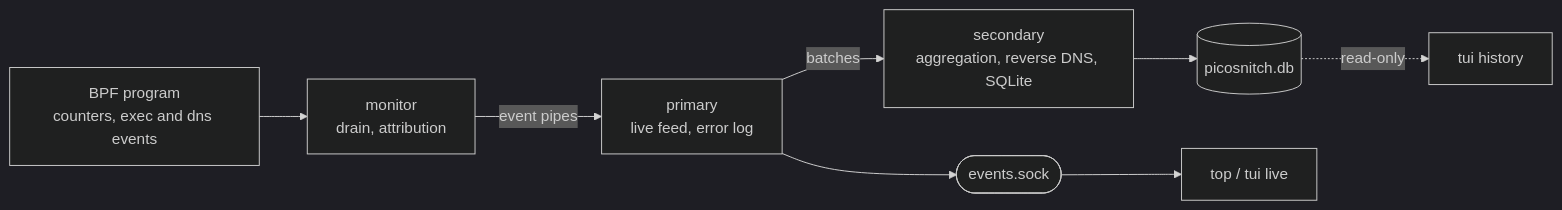
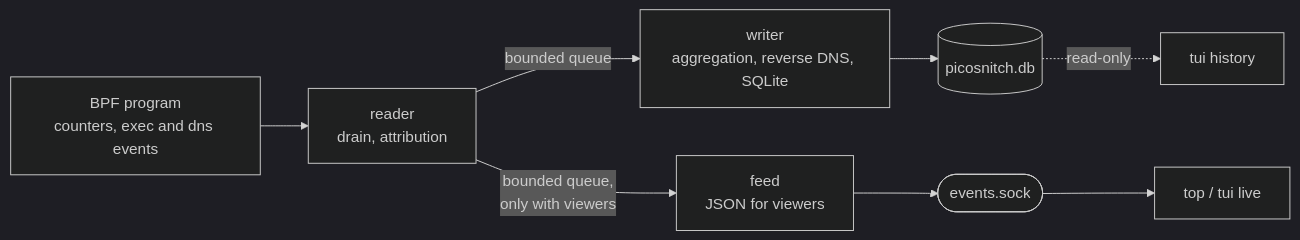
One commit to dehesselle/tracct changed the diagram in docs/DESIGN.md. Above: the diagram before and after it, drawn with Mermaid (dark theme). The commit also changed other lines of this file and 18 other files, not shown here.

````diff
--- a/docs/DESIGN.md
+++ b/docs/DESIGN.md
@@ -62,10 +63,10 @@
 ```mermaid
 flowchart LR
-    BPF["BPF program<br/>counters, exec and dns events"] --> MON
-    MON["monitor<br/>drain, attribution"] -- event pipes --> PRI
-    PRI["primary<br/>live feed, error log"] -- batches --> SEC
-    PRI --> LIVE([events.sock])
-    SEC["secondary<br/>aggregation, reverse DNS, SQLite"] --> DB[(picosnitch.db)]
+    BPF["BPF program<br/>counters, exec and dns events"] --> R
+    R["reader<br/>drain, attribution"] -- bounded queue --> W
+    R -- bounded queue,<br/>only with viewers --> F
+    W["writer<br/>aggregation, reverse DNS, SQLite"] --> DB[(picosnitch.db)]
+    F["feed<br/>JSON for viewers"] --> LIVE([events.sock])
     LIVE --> TOP["top / tui live"]
     DB -. read-only .-> TUI["tui history"]
 ```
````
